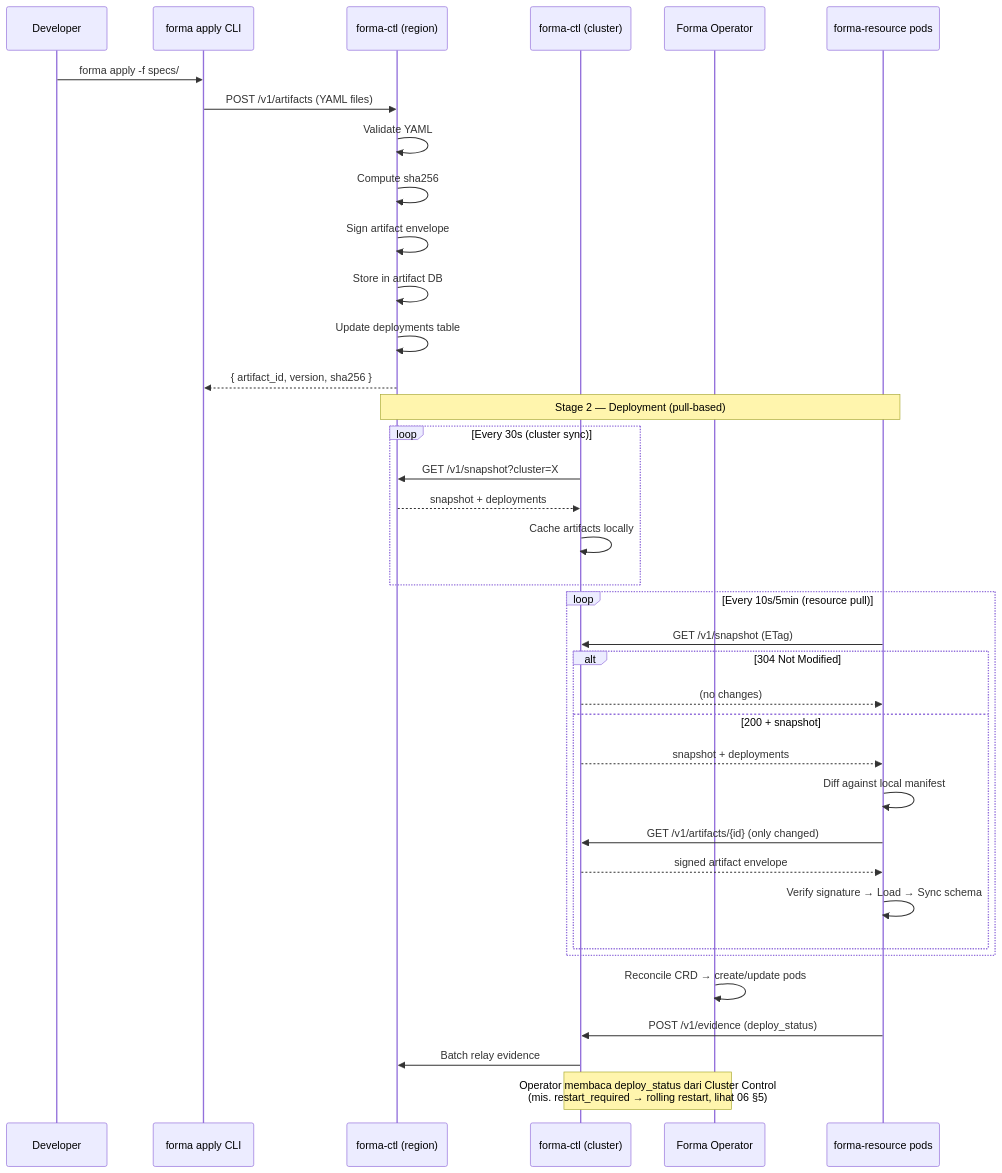
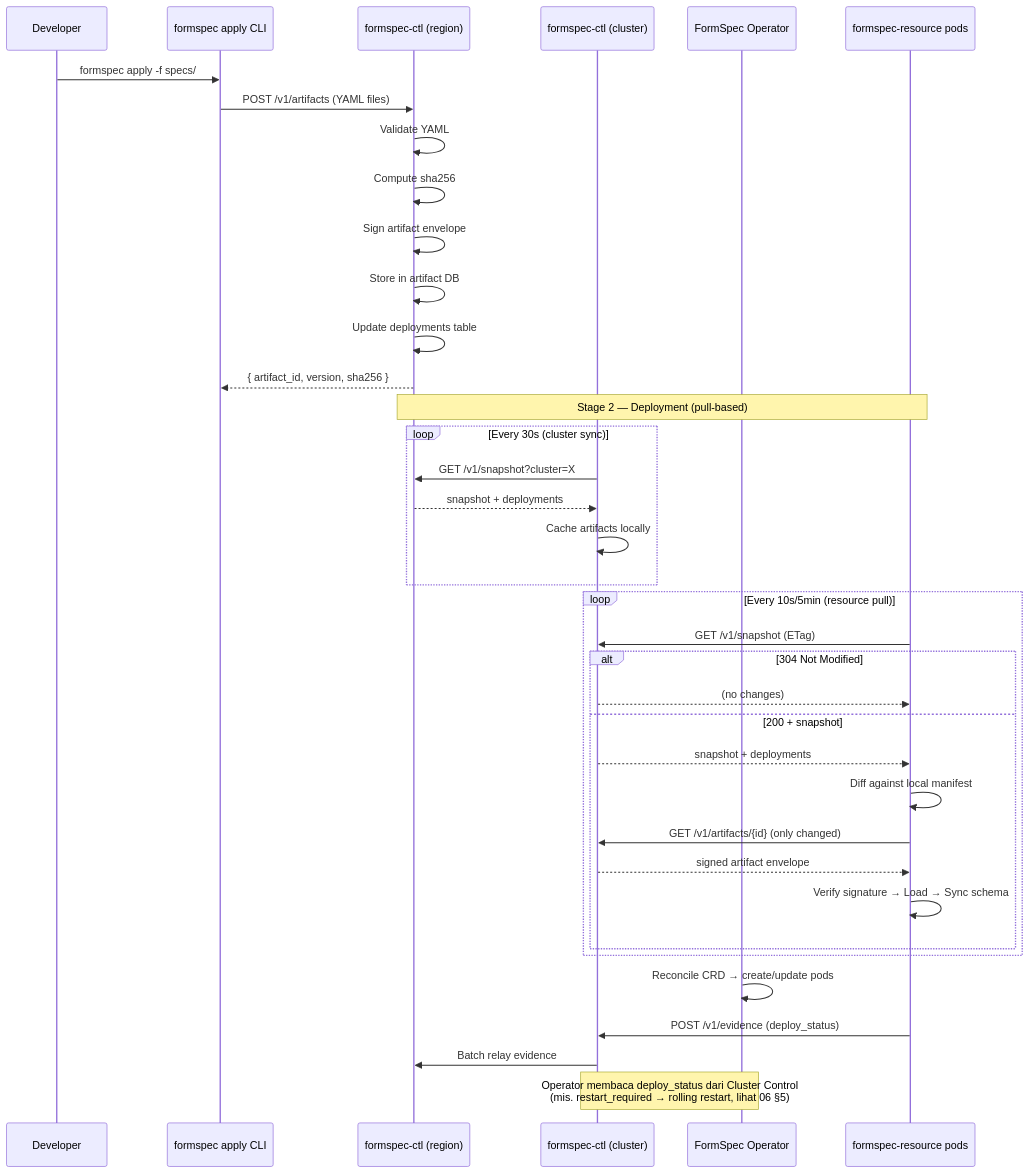
Before and after one commit to primadi/formspec: the diagram in docs/architecture/03-deployment-flow.md, drawn with Mermaid. The commit also changed other lines of this file and 1036 other files, not shown here.

Commit message:
rename forma to formspec

````diff
--- a/docs/architecture/03-deployment-flow.md
+++ b/docs/architecture/03-deployment-flow.md
@@ -14,44 +14,44 @@
 ```mermaid
 sequenceDiagram
     participant Dev as Developer
-    participant CLI as forma apply CLI
-    participant RC as forma-ctl (region)
-    participant CC as forma-ctl (cluster)
-    participant OP as Forma Operator
-    participant RP as forma-resource pods
+    participant CLI as formspec apply CLI
+    participant RC as formspec-ctl (region)
+    participant CC as formspec-ctl (cluster)
+    participant OP as FormSpec Operator
+    participant RP as formspec-resource pods
 
-    Dev->>CLI: forma apply -f specs/
+    Dev->>CLI: formspec apply -f specs/
     CLI->>RC: POST /v1/artifacts (YAML files)
     RC->>RC: Validate YAML
     RC->>RC: Compute sha256
     RC->>RC: Sign artifact envelope
     RC->>RC: Store in artifact DB
     RC->>RC: Update deployments table
     RC-->>CLI: { artifact_id, version, sha256 }
 
     Note over RC,RP: Stage 2 — Deployment (pull-based)
 
     loop Every 30s (cluster sync)
         CC->>RC: GET /v1/snapshot?cluster=X
         RC-->>CC: snapshot + deployments
         CC->>CC: Cache artifacts locally
     end
 
     loop Every 10s/5min (resource pull)
         RP->>CC: GET /v1/snapshot (ETag)
         alt 304 Not Modified
             CC-->>RP: (no changes)
         else 200 + snapshot
             CC-->>RP: snapshot + deployments
             RP->>RP: Diff against local manifest
             RP->>CC: GET /v1/artifacts/{id} (only changed)
             CC-->>RP: signed artifact envelope
             RP->>RP: Verify signature → Load → Sync schema
         end
     end
 
     OP->>OP: Reconcile CRD → create/update pods
     RP->>CC: POST /v1/evidence (deploy_status)
     CC->>RC: Batch relay evidence
     Note over OP,CC: Operator membaca deploy_status dari Cluster Control<br/>(mis. restart_required → rolling restart, lihat 06 §5)
 ```
````
